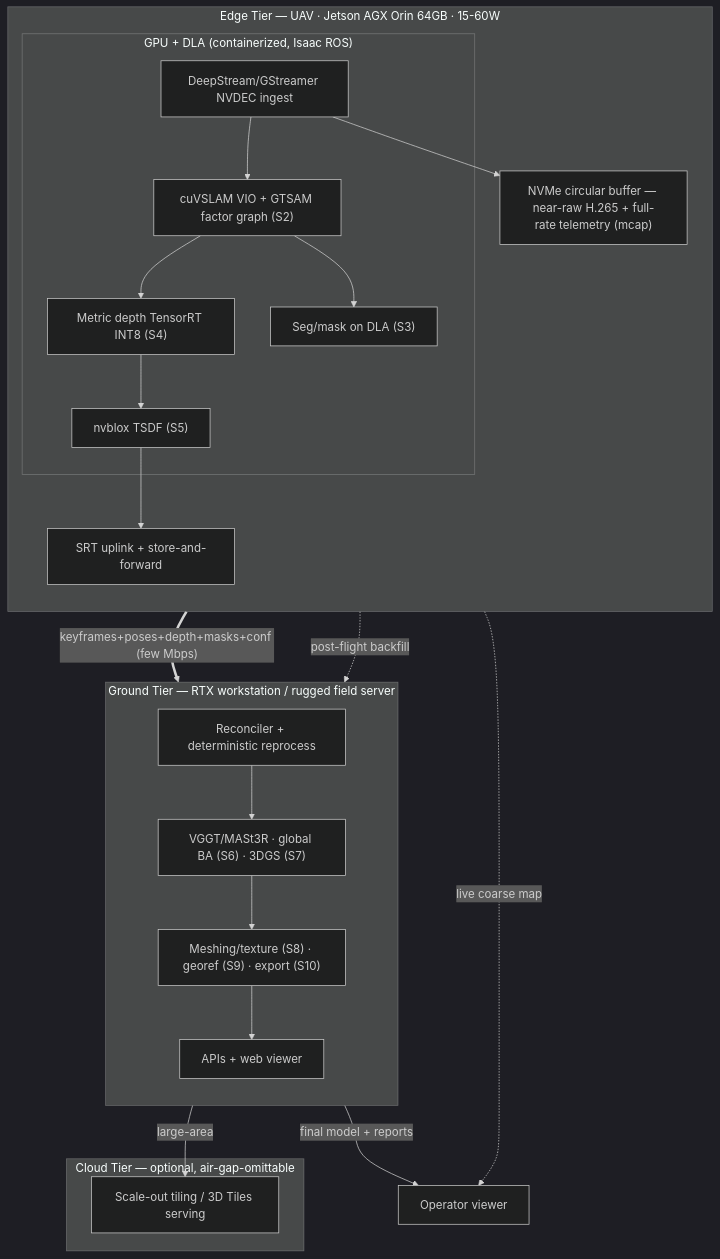
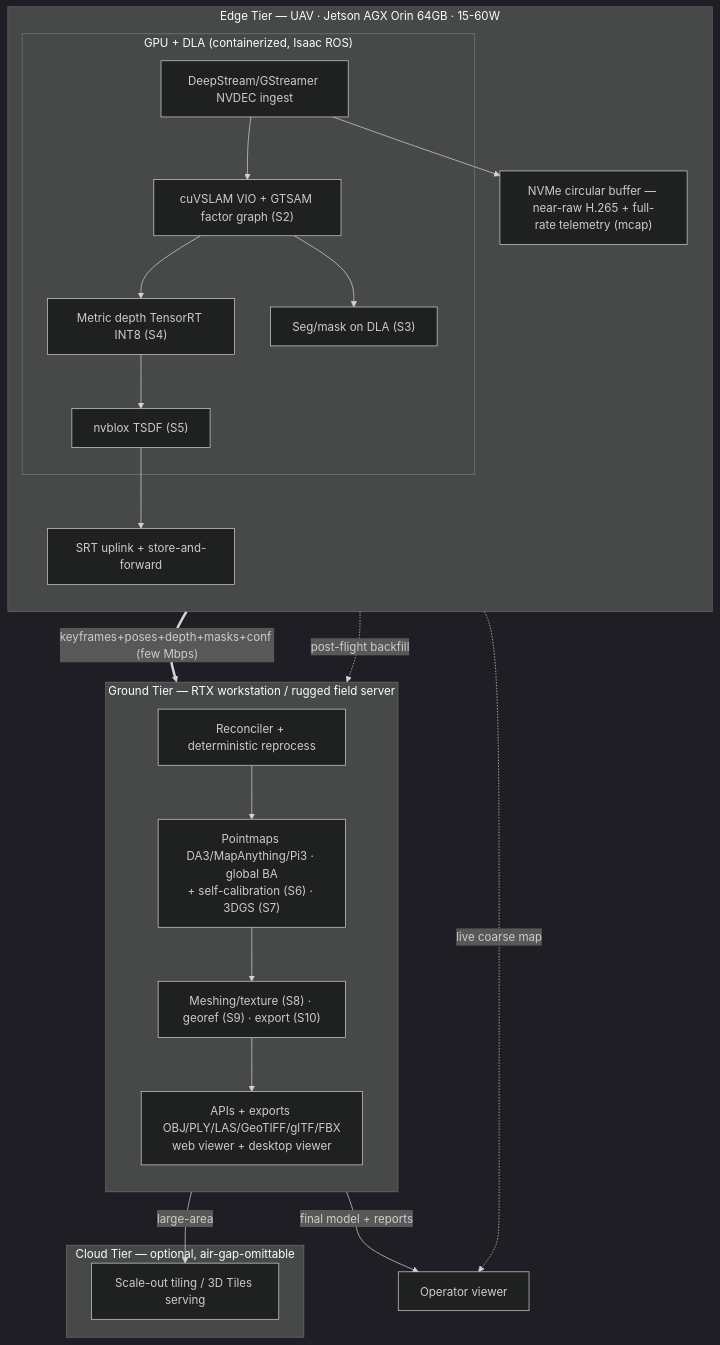
Before and after one commit to suryanarayan100406/rtos: the first of 2 diagrams in docs/roles/6-systems-edge-compute-optimization.md, drawn with Mermaid (dark theme). The commit also changed other lines of this file and 17 other files, not shown here.

````diff
--- a/docs/roles/6-systems-edge-compute-optimization.md
+++ b/docs/roles/6-systems-edge-compute-optimization.md
@@ -107,35 +123,35 @@
 ```mermaid
 flowchart TB
   subgraph UAV["Edge Tier — UAV · Jetson AGX Orin 64GB · 15-60W"]
     direction TB
     subgraph EGPU["GPU + DLA (containerized, Isaac ROS)"]
       DS["DeepStream/GStreamer NVDEC ingest"]
       VIO["cuVSLAM VIO + GTSAM factor graph (S2)"]
       SEG["Seg/mask on DLA (S3)"]
       DEP["Metric depth TensorRT INT8 (S4)"]
       NVB["nvblox TSDF (S5)"]
     end
     NVME["NVMe circular buffer — near-raw H.265 + full-rate telemetry (mcap)"]
     RAD["SRT uplink + store-and-forward"]
   end
   subgraph GND["Ground Tier — RTX workstation / rugged field server"]
     direction TB
     RECON["Reconciler + deterministic reprocess"]
-    HEAVY["VGGT/MASt3R · global BA (S6) · 3DGS (S7)"]
+    HEAVY["Pointmaps DA3/MapAnything/Pi3 · global BA<br/>+ self-calibration (S6) · 3DGS (S7)"]
     MESH["Meshing/texture (S8) · georef (S9) · export (S10)"]
-    SRV["APIs + web viewer"]
+    SRV["APIs + exports OBJ/PLY/LAS/GeoTIFF/glTF/FBX<br/>web viewer + desktop viewer"]
   end
   subgraph CLD["Cloud Tier — optional, air-gap-omittable"]
     TILE["Scale-out tiling / 3D Tiles serving"]
   end
   DS --> VIO --> DEP --> NVB
   VIO --> SEG
   NVB --> RAD
   DS --> NVME
   RAD ==>|"keyframes+poses+depth+masks+conf (few Mbps)"| RECON
   NVME -.->|post-flight backfill| RECON
   RECON --> HEAVY --> MESH --> SRV
   MESH -->|large-area| TILE
   RAD -.->|live coarse map| OPV["Operator viewer"]
   SRV -->|final model + reports| OPV
 ```
````
